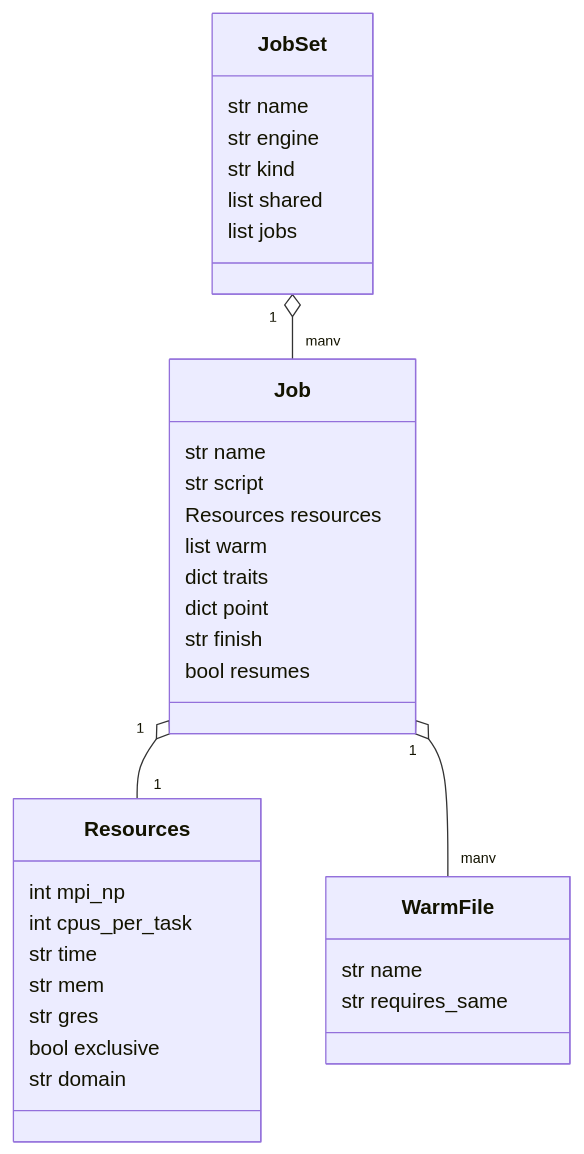
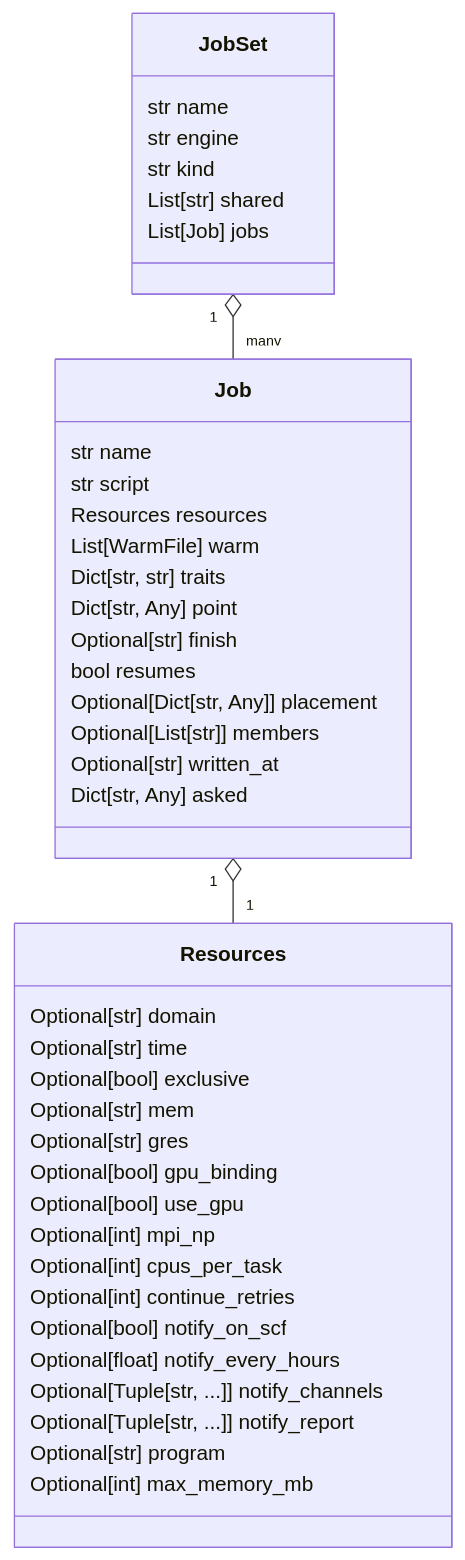
One commit to Qing-LAB/molbuilder changed the seventh of 19 diagrams in docs/execution/job-system.md. Above: the diagram before and after it, drawn with Mermaid. The commit also changed other lines of this file and 120 other files, not shown here.

````diff
--- a/docs/execution/job-system.md
+++ b/docs/execution/job-system.md
@@ -964,36 +964,44 @@
 ```mermaid
 classDiagram
     class JobSet {
       str name
       str engine
       str kind
-      list shared
-      list jobs
+      List[str] shared
+      List[Job] jobs
     }
     class Job {
       str name
       str script
       Resources resources
-      list warm
-      dict traits
-      dict point
-      str finish
+      List[WarmFile] warm
+      Dict[str, str] traits
+      Dict[str, Any] point
+      Optional[str] finish
       bool resumes
+      Optional[Dict[str, Any]] placement
+      Optional[List[str]] members
+      Optional[str] written_at
+      Dict[str, Any] asked
     }
     class Resources {
-      int mpi_np
-      int cpus_per_task
-      str time
-      str mem
-      str gres
-      bool exclusive
-      str domain
-    }
-    class WarmFile {
-      str name
-      str requires_same
+      Optional[str] domain
+      Optional[str] time
+      Optional[bool] exclusive
+      Optional[str] mem
+      Optional[str] gres
+      Optional[bool] gpu_binding
+      Optional[bool] use_gpu
+      Optional[int] mpi_np
+      Optional[int] cpus_per_task
+      Optional[int] continue_retries
+      Optional[bool] notify_on_scf
+      Optional[float] notify_every_hours
+      Optional[Tuple[str, ...]] notify_channels
+      Optional[Tuple[str, ...]] notify_report
+      Optional[str] program
+      Optional[int] max_memory_mb
     }
     JobSet "1" o-- "many" Job
     Job "1" o-- "1" Resources
-    Job "1" o-- "many" WarmFile
 ```
````
